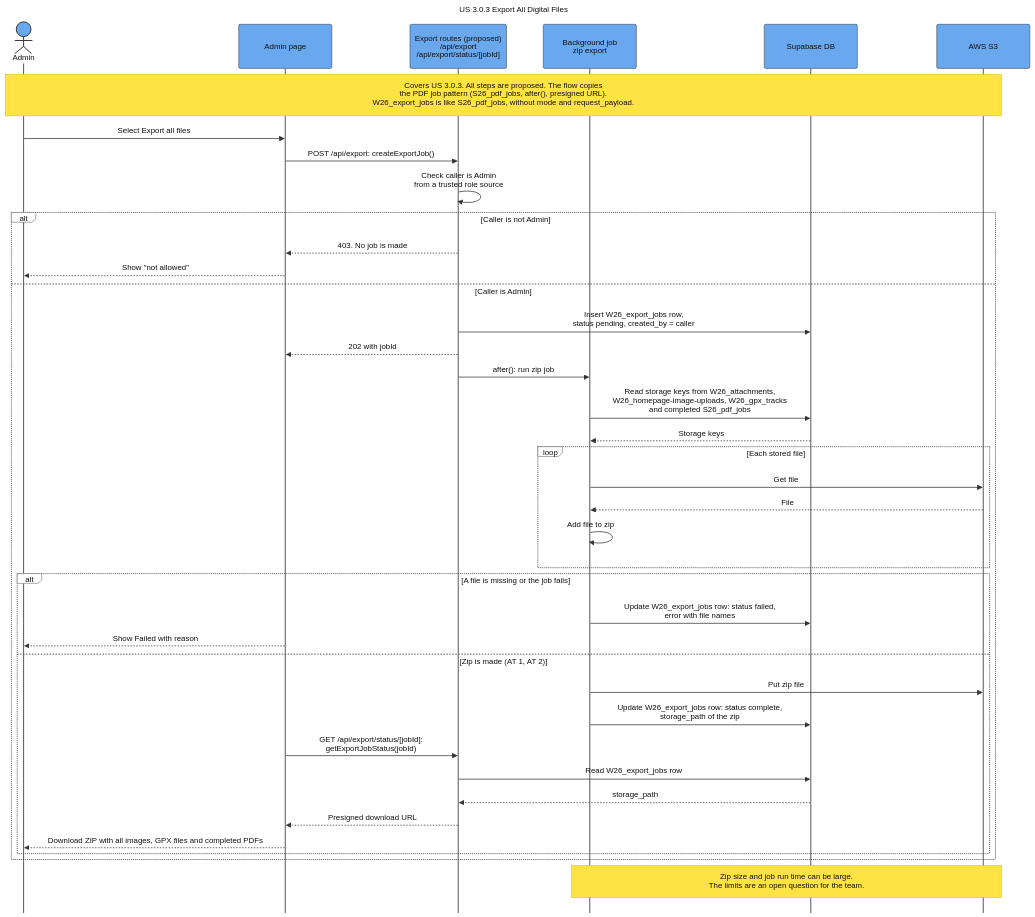
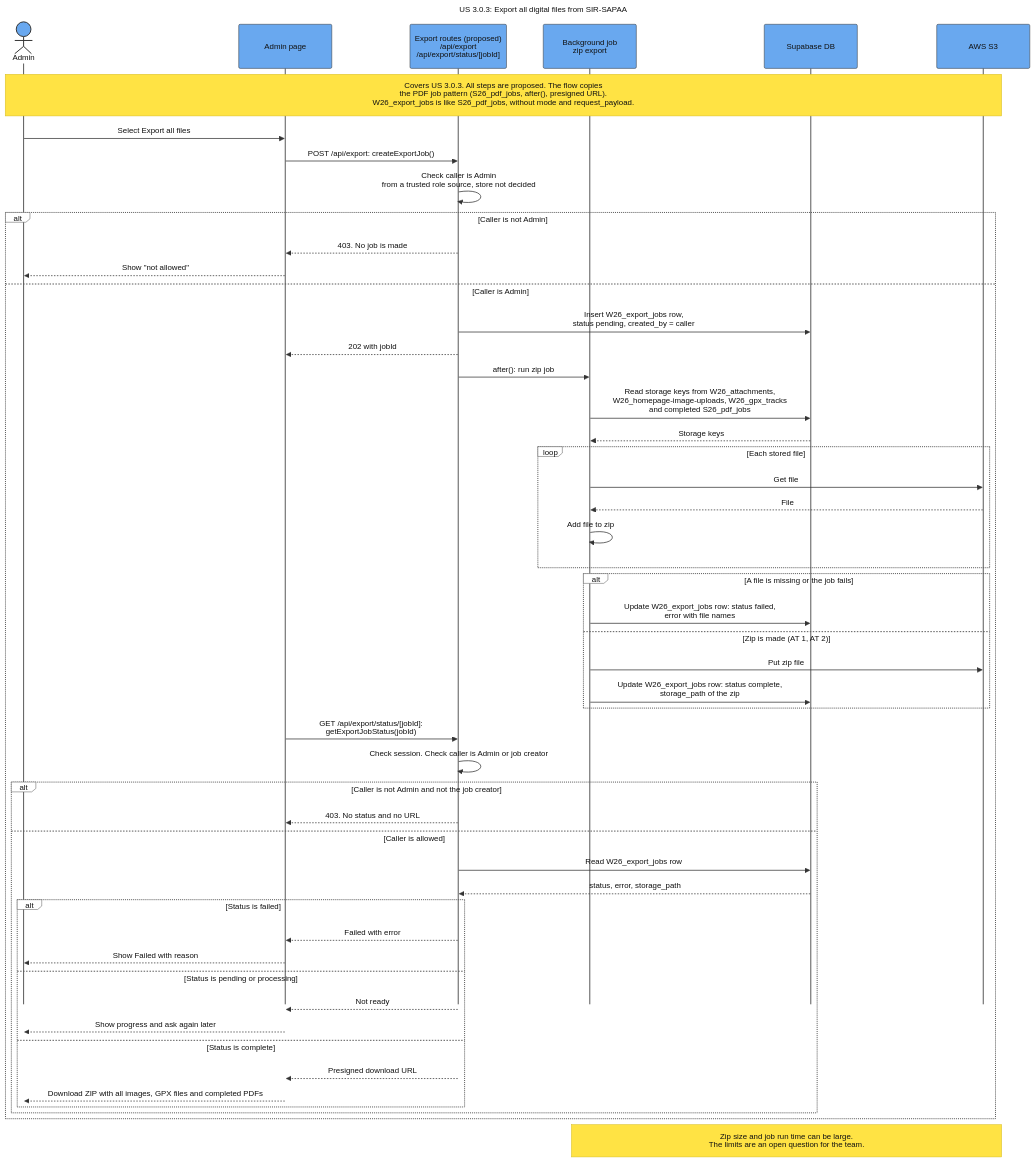
The diagram in docs/assets/Sequence_US_3_0_3_Export_All_Digital_Files.mmd (SAPAA-Dev/W26Project-SAPAA-Dev-Team), drawn with Mermaid before and after one commit. The commit also changed 91 other files, not shown here.

```diff
--- a/docs/assets/Sequence_US_3_0_3_Export_All_Digital_Files.mmd
+++ b/docs/assets/Sequence_US_3_0_3_Export_All_Digital_Files.mmd
@@ -1,84 +1,96 @@
 ---
-title: "US 3.0.3 Export All Digital Files"
+title: "US 3.0.3: Export all digital files from SIR-SAPAA"
 config:
   theme: base
   sequence:
     actorMargin: 75
     boxMargin: 12
     diagramMarginX: 45
     diagramMarginY: 30
     messageMargin: 40
     noteMargin: 16
     mirrorActors: false
     width: 190
     height: 90
   themeVariables:
     background: "#ffffff"
     primaryColor: "#69a8ef"
     primaryBorderColor: "#333333"
     primaryTextColor: "#111111"
     actorBkg: "#69a8ef"
     actorBorder: "#333333"
     actorTextColor: "#111111"
     actorLineColor: "#555555"
     signalColor: "#333333"
     signalTextColor: "#111111"
     activationBkgColor: "#cdd3db"
     activationBorderColor: "#cdd3db"
     noteBkgColor: "#ffe344"
     noteBorderColor: "#d4ba24"
     noteTextColor: "#111111"
     labelBoxBkgColor: "#ffffff"
     labelBoxBorderColor: "#555555"
     labelTextColor: "#111111"
     loopTextColor: "#111111"
     altBackground: "#ffffff"
   themeCSS: |
     .actor-line {
       stroke-dasharray: 10 10 !important;
       stroke-width: 1.25px !important;
     }
 ---
 sequenceDiagram
     autonumber off
     actor Admin
     participant Page as Admin page
     participant Api as Export routes (proposed)<br/>/api/export<br/>/api/export/status/[jobId]
     participant Job as Background job<br/>zip export
     participant DB as Supabase DB
     participant S3 as AWS S3
 
     Note over Admin,S3: Covers US 3.0.3. All steps are proposed. The flow copies<br/>the PDF job pattern (S26_pdf_jobs, after(), presigned URL).<br/>W26_export_jobs is like S26_pdf_jobs, without mode and request_payload.
 
     Admin->>Page: Select Export all files
     Page->>Api: POST /api/export: createExportJob()
-    Api->>Api: Check caller is Admin<br/>from a trusted role source
+    Api->>Api: Check caller is Admin<br/>from a trusted role source, store not decided
     alt Caller is not Admin
         Api-->>Page: 403. No job is made
         Page-->>Admin: Show "not allowed"
     else Caller is Admin
         Api->>DB: Insert W26_export_jobs row,<br/>status pending, created_by = caller
         Api-->>Page: 202 with jobId
         Api->>Job: after(): run zip job
         Job->>DB: Read storage keys from W26_attachments,<br/>W26_homepage-image-uploads, W26_gpx_tracks<br/>and completed S26_pdf_jobs
         DB-->>Job: Storage keys
         loop Each stored file
             Job->>S3: Get file
             S3-->>Job: File
             Job->>Job: Add file to zip
         end
         alt A file is missing or the job fails
             Job->>DB: Update W26_export_jobs row: status failed,<br/>error with file names
-            Page-->>Admin: Show Failed with reason
         else Zip is made (AT 1, AT 2)
             Job->>S3: Put zip file
             Job->>DB: Update W26_export_jobs row: status complete,<br/>storage_path of the zip
-            Page->>Api: GET /api/export/status/[jobId]:<br/>getExportJobStatus(jobId)
+        end
+        Page->>Api: GET /api/export/status/[jobId]:<br/>getExportJobStatus(jobId)
+        Api->>Api: Check session. Check caller is Admin or job creator
+        alt Caller is not Admin and not the job creator
+            Api-->>Page: 403. No status and no URL
+        else Caller is allowed
             Api->>DB: Read W26_export_jobs row
-            DB-->>Api: storage_path
-            Api-->>Page: Presigned download URL
-            Page-->>Admin: Download ZIP with all images, GPX files and completed PDFs
+            DB-->>Api: status, error, storage_path
+            alt Status is failed
+                Api-->>Page: Failed with error
+                Page-->>Admin: Show Failed with reason
+            else Status is pending or processing
+                Api-->>Page: Not ready
+                Page-->>Admin: Show progress and ask again later
+            else Status is complete
+                Api-->>Page: Presigned download URL
+                Page-->>Admin: Download ZIP with all images, GPX files and completed PDFs
+            end
         end
     end
 
     Note over Job,S3: Zip size and job run time can be large.<br/>The limits are an open question for the team.
```
